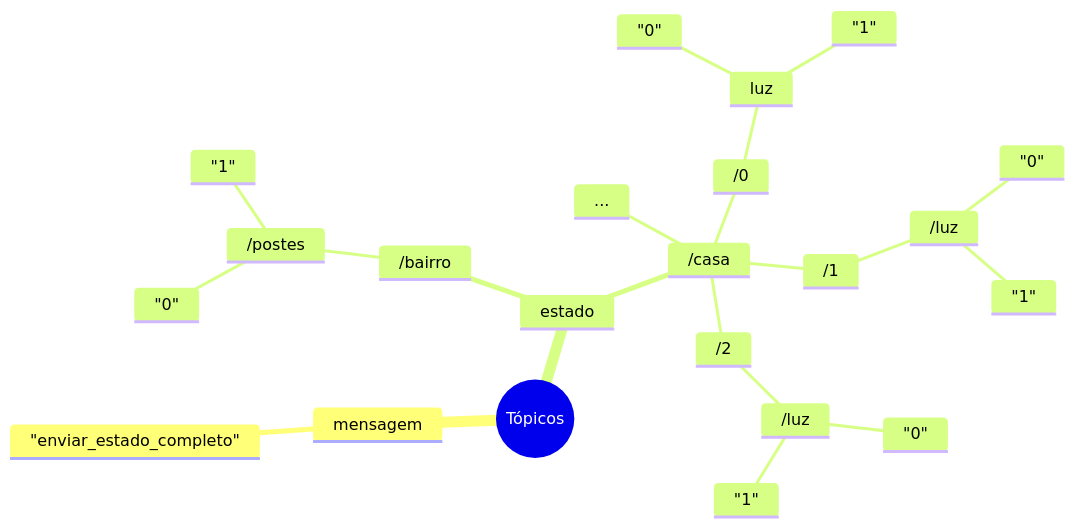
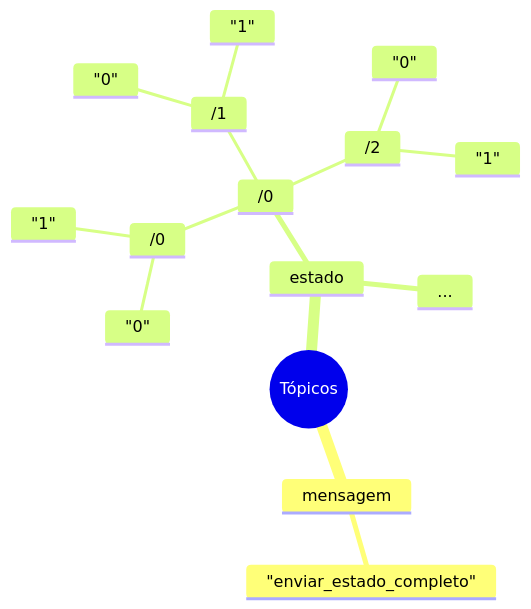
The first of 5 diagrams in projeto-da-disciplina.md (ederson-torresini/itl20231), drawn with Mermaid before and after one commit. The commit also changed other lines of this file and 6 other files, not shown here.

````diff
--- a/projeto-da-disciplina.md
+++ b/projeto-da-disciplina.md
@@ -36,25 +35,18 @@
 ```mermaid
 mindmap
   root((Tópicos))
     mensagem
       "enviar_estado_completo"
     estado
-      /bairro
-        /postes
+      /0
+        /0
           "0"
           "1"
-      /casa
-        /0
-          luz
-            "0"
-            "1"
         /1
-          /luz
-            "0"
-            "1"
+          "0"
+          "1"
         /2
-          /luz
-            "0"
-            "1"
-        ...
+          "0"
+          "1"
+      ...
 ```
````
